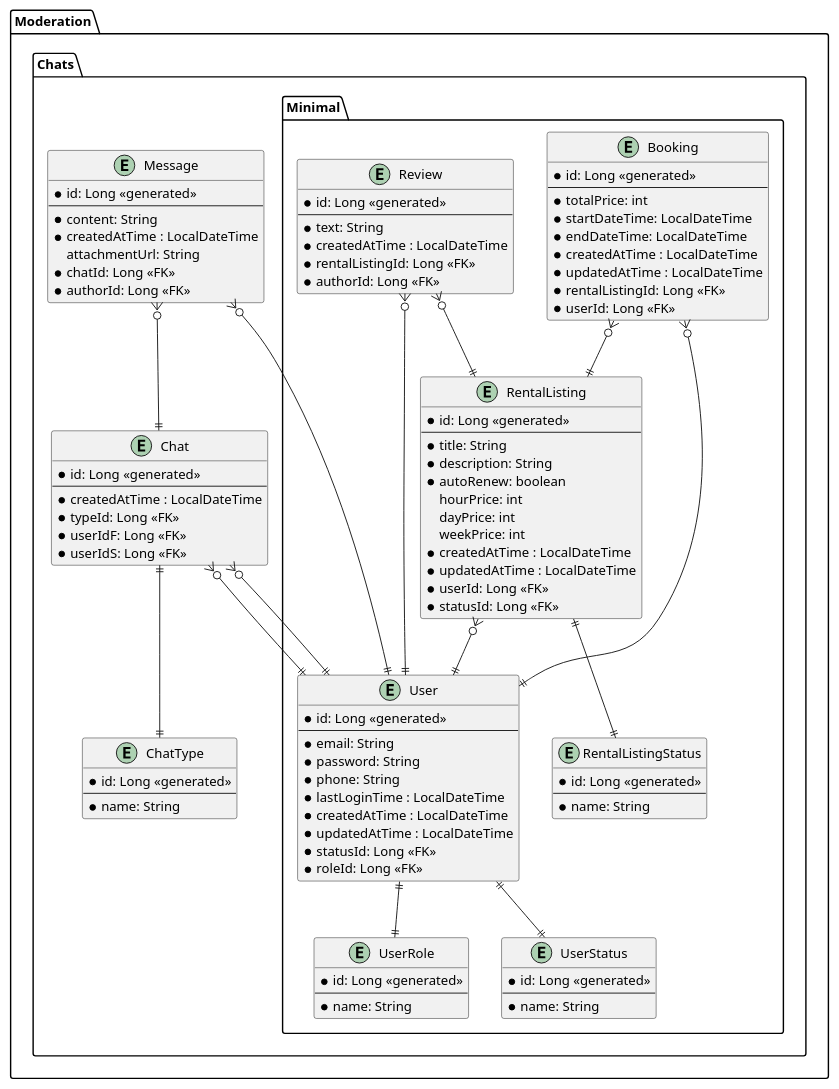
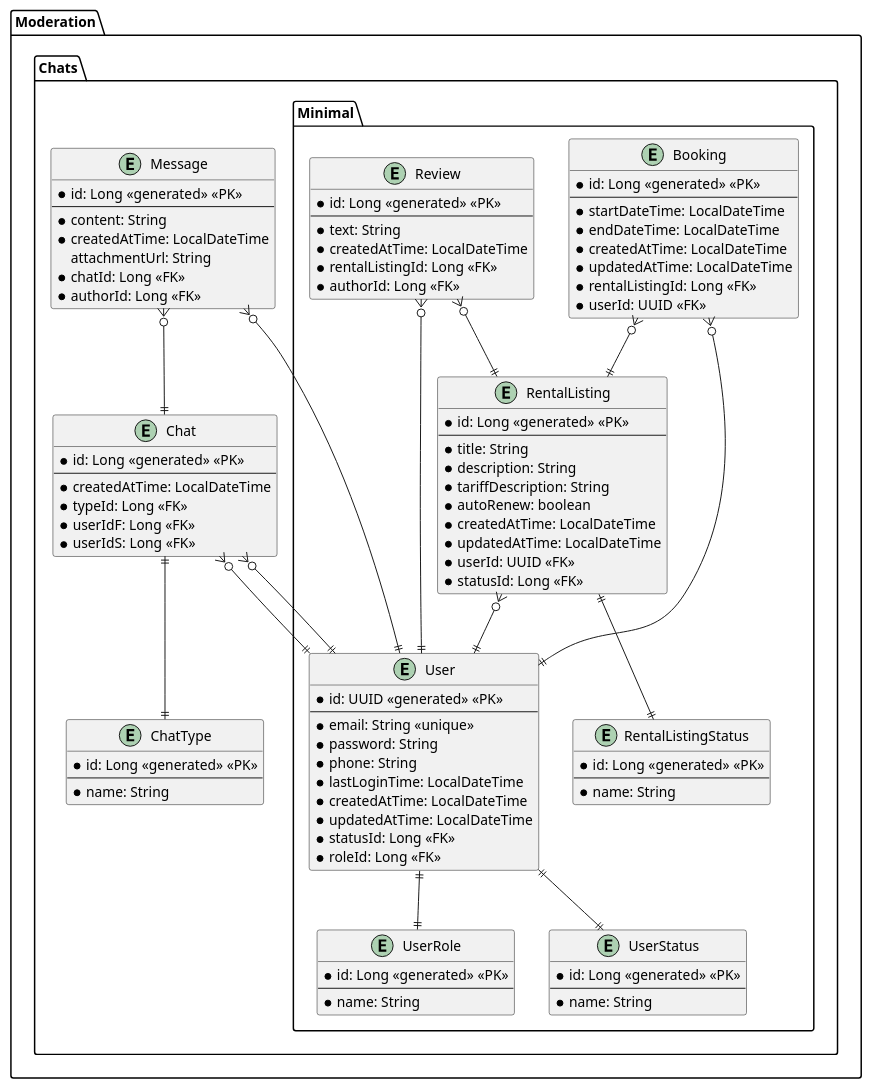
Before and after one commit to ruska112x/rentify-diploma: the diagram in misc/database.puml, drawn with PlantUML.

Commit message:
fix: some issues in database diagram

```diff
--- a/misc/database.puml
+++ b/misc/database.puml
@@ -1,132 +1,129 @@
 @startuml database
 allow_mixing
 
 scale max 1920 width
 scale max 1080 height
 
 left to right direction
 top to bottom direction
 
 
 package "Moderation" {
   package "Chats" {
     package "Minimal" {
       entity "User" as user {
-        * id: Long <<generated>>
+        * id: UUID <<generated>> <<PK>>
         ---
-        * email: String
+        * email: String <<unique>>
         * password: String
         * phone: String
-        * lastLoginTime : LocalDateTime
-        * createdAtTime : LocalDateTime
-        * updatedAtTime : LocalDateTime
+        * lastLoginTime: LocalDateTime
+        * createdAtTime: LocalDateTime
+        * updatedAtTime: LocalDateTime
         * statusId: Long <<FK>>
         * roleId: Long <<FK>>
       }
 
       ' USER, ADMIN, MODERATOR
       entity "UserRole" as userRole {
-        * id: Long <<generated>>
+        * id: Long <<generated>> <<PK>>
         ---
         * name: String
       }
 
       ' ACTIVE, BLOCKED, DELETED
       entity "UserStatus" as userStatus {
-        * id: Long <<generated>>
+        * id: Long <<generated>> <<PK>>
         ---
         * name: String
       }
 
       entity "RentalListing" as rentalListing {
-        * id: Long <<generated>>
+        * id: Long <<generated>> <<PK>>
         ---
         * title: String
         * description: String
+        * tariffDescription: String
         * autoRenew: boolean
-        hourPrice: int
-        dayPrice: int
-        weekPrice: int
-        * createdAtTime : LocalDateTime
-        * updatedAtTime : LocalDateTime
-        * userId: Long <<FK>>
+        * createdAtTime: LocalDateTime
+        * updatedAtTime: LocalDateTime
+        * userId: UUID <<FK>>
         * statusId: Long <<FK>>
       }
 
       ' ACTIVE, BLOCKED, ONDELETION, DELETED
       entity "RentalListingStatus" as rentalListingStatus {
-        * id: Long <<generated>>
+        * id: Long <<generated>> <<PK>>
         ---
         * name: String
       }
 
       entity "Booking" as booking {
-        * id: Long <<generated>>
+        * id: Long <<generated>> <<PK>>
         ---
-        * totalPrice: int
         * startDateTime: LocalDateTime
         * endDateTime: LocalDateTime
-        * createdAtTime : LocalDateTime
-        * updatedAtTime : LocalDateTime
+        * createdAtTime: LocalDateTime
+        * updatedAtTime: LocalDateTime
         * rentalListingId: Long <<FK>>
-        * userId: Long <<FK>>
+        * userId: UUID <<FK>>
       }
 
       entity "Review" as review {
-        * id: Long <<generated>>
+        * id: Long <<generated>> <<PK>>
         ---
         * text: String
-        * createdAtTime : LocalDateTime
+        * createdAtTime: LocalDateTime
         * rentalListingId: Long <<FK>>
         * authorId: Long <<FK>>
       }
 
       user ||--|| userRole
       user ||--|| userStatus
 
       rentalListing }o--|| user
       rentalListing ||--|| rentalListingStatus
 
       booking }o--|| rentalListing
       booking }o--|| user
 
       review }o--|| user
       review }o--|| rentalListing
     }
 
     entity "Chat" as chat {
-      * id: Long <<generated>>
+      * id: Long <<generated>> <<PK>>
       ---
-      * createdAtTime : LocalDateTime
+      * createdAtTime: LocalDateTime
       * typeId: Long <<FK>>
       * userIdF: Long <<FK>>
       * userIdS: Long <<FK>>
     }
 
     entity "ChatType" as chatType {
-      * id: Long <<generated>>
+      * id: Long <<generated>> <<PK>>
       ---
       * name: String
     }
 
     entity "Message" as message {
-      * id: Long <<generated>>
+      * id: Long <<generated>> <<PK>>
       ---
       * content: String
-      * createdAtTime : LocalDateTime
+      * createdAtTime: LocalDateTime
       attachmentUrl: String
       * chatId: Long <<FK>>
       * authorId: Long <<FK>>
     }
 
     chat }o--|| user
     chat }o--|| user
     chat ||--|| chatType
 
     message }o--|| chat
     message }o--|| user
   }
 }
 
 
 @enduml
```
